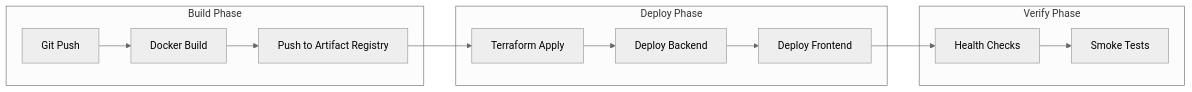
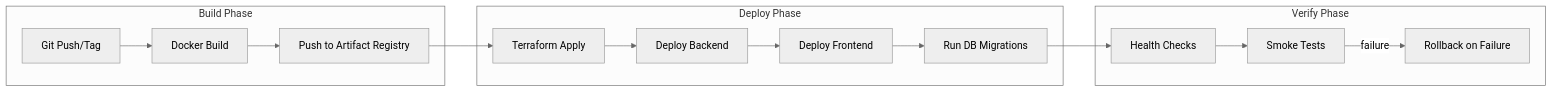
Before and after one commit to gregorydickson/loan: the seventh of 7 diagrams in docs/SYSTEM_DESIGN.md, drawn with Mermaid (neutral theme). The commit also changed other lines of this file, not shown here.

````diff
--- a/docs/SYSTEM_DESIGN.md
+++ b/docs/SYSTEM_DESIGN.md
@@ -719,23 +1226,28 @@
 ```mermaid
 flowchart LR
     subgraph Build["Build Phase"]
-        Code[Git Push]
+        Code[Git Push/Tag]
         Docker[Docker Build]
         Push[Push to Artifact Registry]
     end
 
     subgraph Deploy["Deploy Phase"]
         TF[Terraform Apply]
         Backend[Deploy Backend]
         Frontend[Deploy Frontend]
+        Migrate[Run DB Migrations]
     end
 
     subgraph Verify["Verify Phase"]
         Health[Health Checks]
         Smoke[Smoke Tests]
+        Rollback[Rollback on Failure]
     end
 
     Code --> Docker --> Push
-    Push --> TF --> Backend --> Frontend
-    Frontend --> Health --> Smoke
+    Push --> TF --> Backend
+    Backend --> Frontend
+    Frontend --> Migrate
+    Migrate --> Health --> Smoke
+    Smoke -->|failure| Rollback
 ```
````
